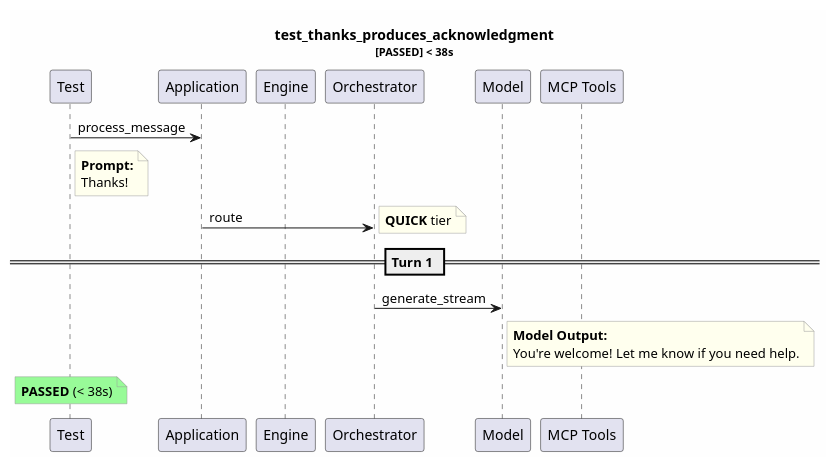
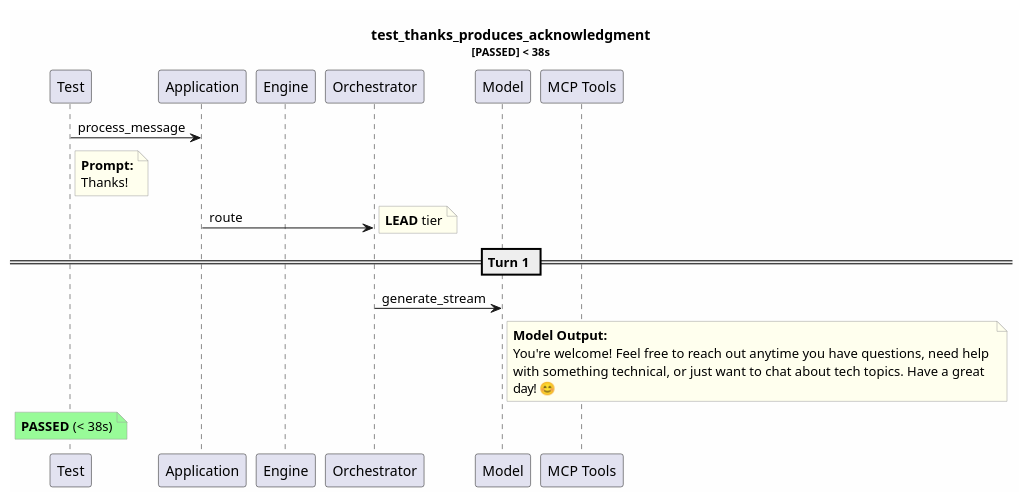
One commit to tvanfossen/entropic changed the diagram in test-reports/logs/test_thanks_produces_acknowledgment/test_thanks_produces_acknowledgment.puml. Above: the diagram before and after it, drawn with PlantUML. The commit also changed 70 other files, not shown here.

```diff
--- a/test-reports/logs/test_thanks_produces_acknowledgment/test_thanks_produces_acknowledgment.puml
+++ b/test-reports/logs/test_thanks_produces_acknowledgment/test_thanks_produces_acknowledgment.puml
@@ -1,31 +1,33 @@
 @startuml
 skinparam backgroundColor #FEFEFE
 skinparam noteBorderColor #999999
 skinparam noteBackgroundColor #FFFFEE
 title test_thanks_produces_acknowledgment\n<size:11>[PASSED] < 38s</size>
 
 participant "Test" as T
 participant "Application" as App
 participant "Engine" as Eng
 participant "Orchestrator" as Orch
 participant "Model" as Mdl
 participant "MCP Tools" as MCP
 
 T -> App: process_message
 note right of T
   **Prompt:**
   Thanks!
 end note
 App -> Orch: route
-note right: **QUICK** tier
+note right: **LEAD** tier
 == Turn 1 ==
 Orch -> Mdl: generate_stream
 note right of Mdl
   **Model Output:**
-  You're welcome! Let me know if you need help.
+  You're welcome! Feel free to reach out anytime you have questions, need help 
+  with something technical, or just want to chat about tech topics. Have a great 
+  day! 😊
 end note
 note over T #palegreen
   **PASSED** (< 38s)
 end note
 
 @enduml
```
